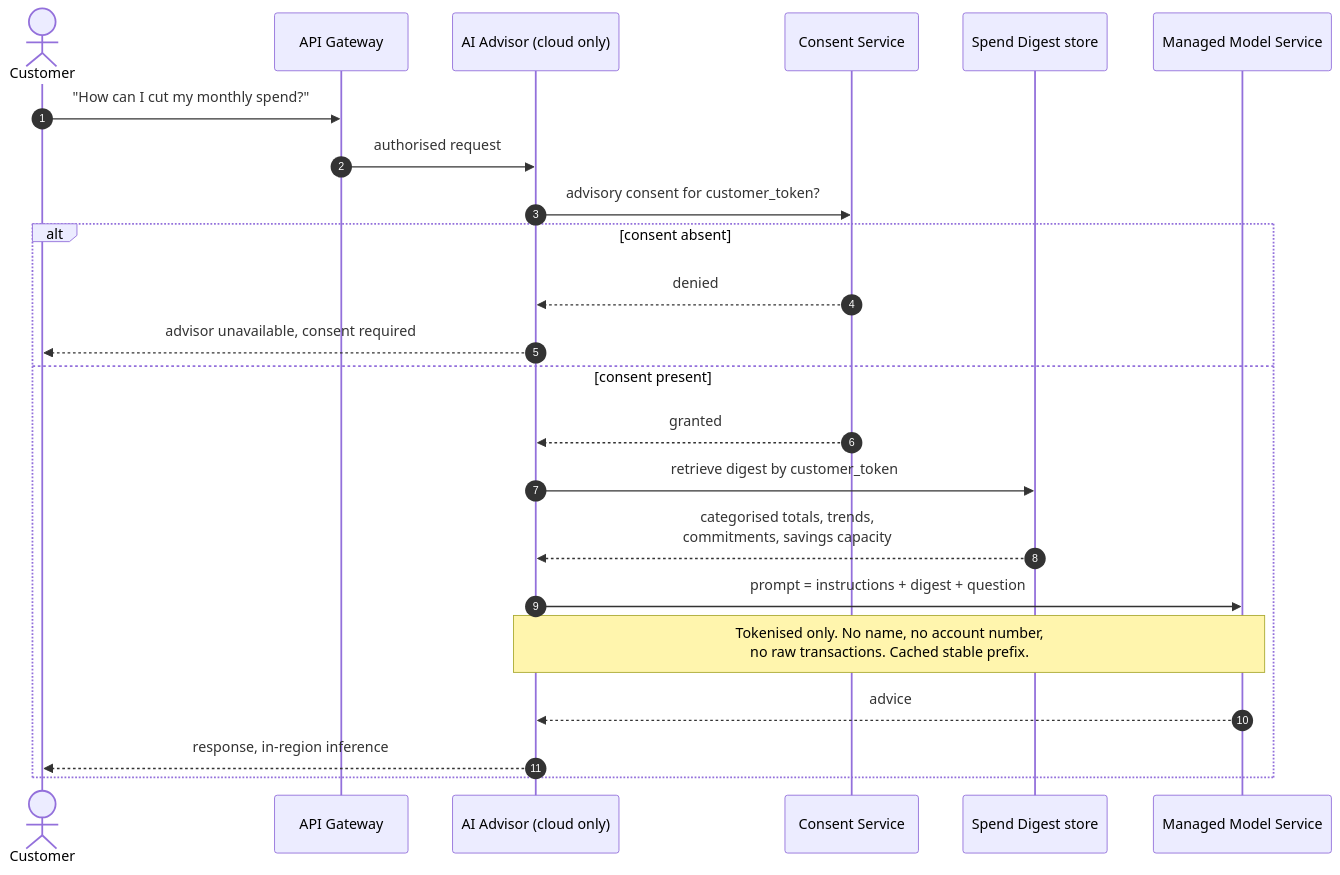
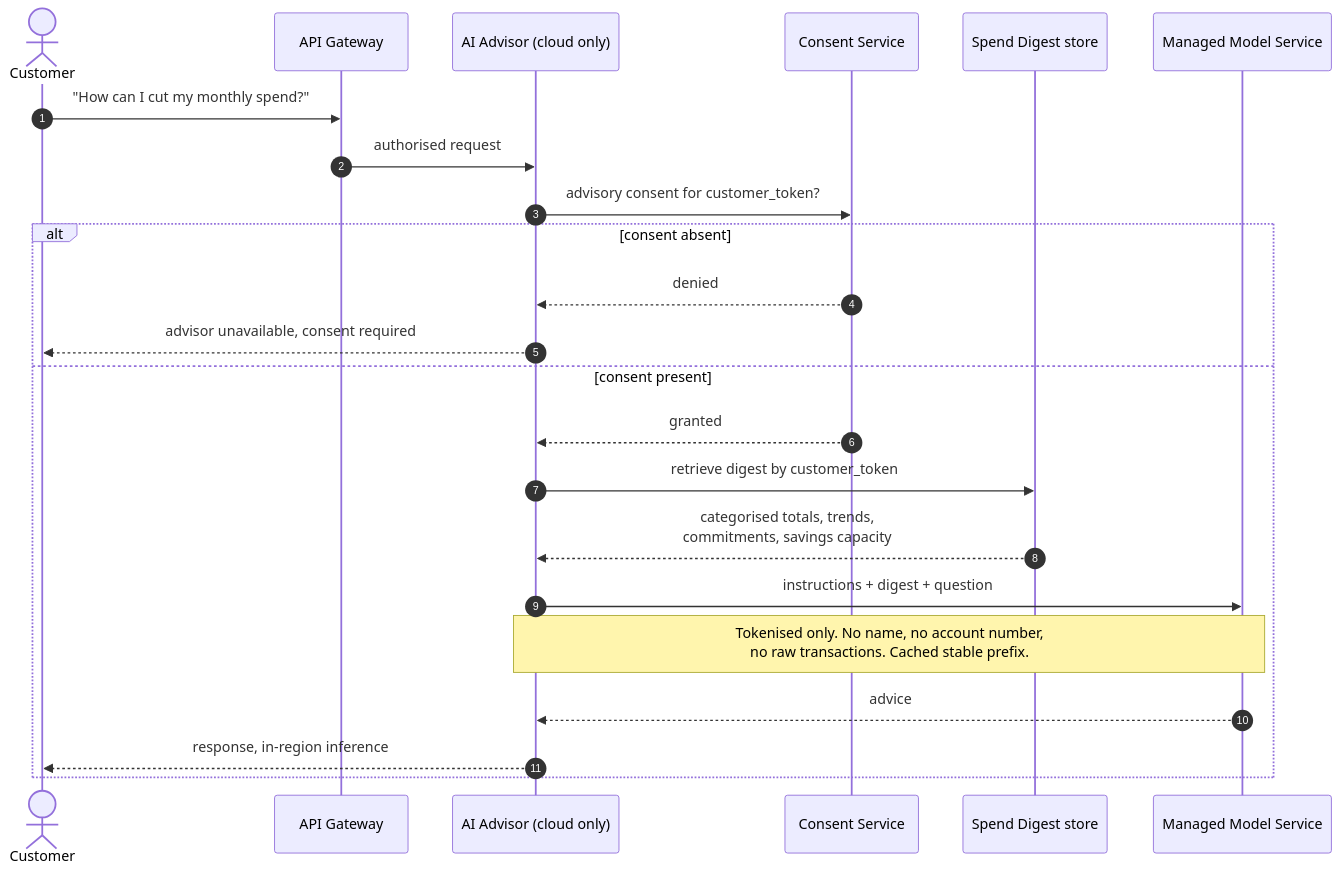
Before and after one commit to sunnydubey1111/neobank-digital-leap: diagram 12 of 15 in docs/solution/diagrams.md, drawn with Mermaid. The commit also changed other lines of this file and 7 other files, not shown here.

````diff
--- a/docs/solution/diagrams.md
+++ b/docs/solution/diagrams.md
@@ -455,26 +570,26 @@
 ```mermaid
 sequenceDiagram
     autonumber
     actor C as Customer
     participant GW as API Gateway
     participant AD as AI Advisor (cloud only)
     participant CO as Consent Service
     participant D as Spend Digest store
     participant M as Managed Model Service
 
     C->>GW: "How can I cut my monthly spend?"
     GW->>AD: authorised request
     AD->>CO: advisory consent for customer_token?
     alt consent absent
         CO-->>AD: denied
         AD-->>C: advisor unavailable, consent required
     else consent present
         CO-->>AD: granted
         AD->>D: retrieve digest by customer_token
         D-->>AD: categorised totals, trends,<br/>commitments, savings capacity
-        AD->>M: prompt = instructions + digest + question
+        AD->>M: instructions + digest + question
         Note over AD,M: Tokenised only. No name, no account number,<br/>no raw transactions. Cached stable prefix.
         M-->>AD: advice
         AD-->>C: response, in-region inference
     end
 ```
````
